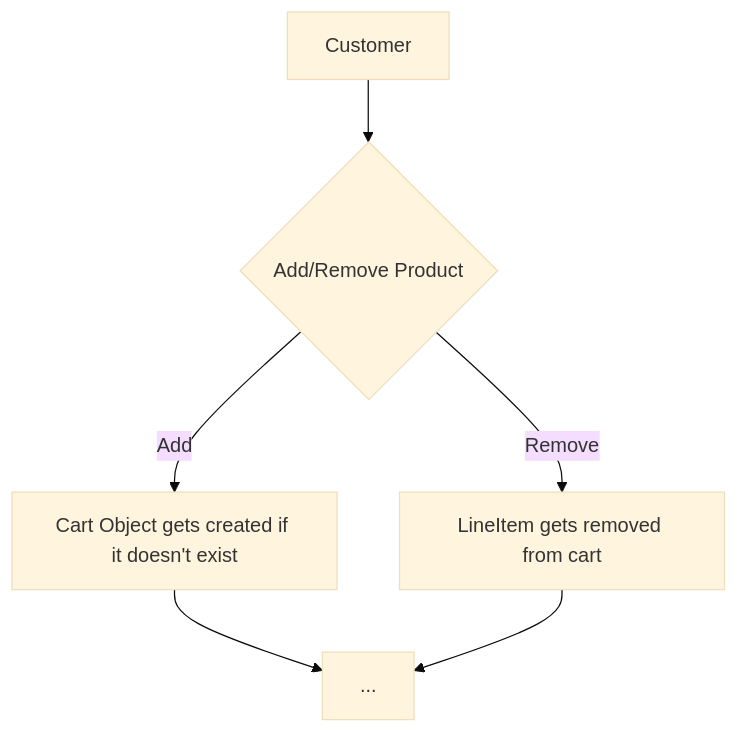
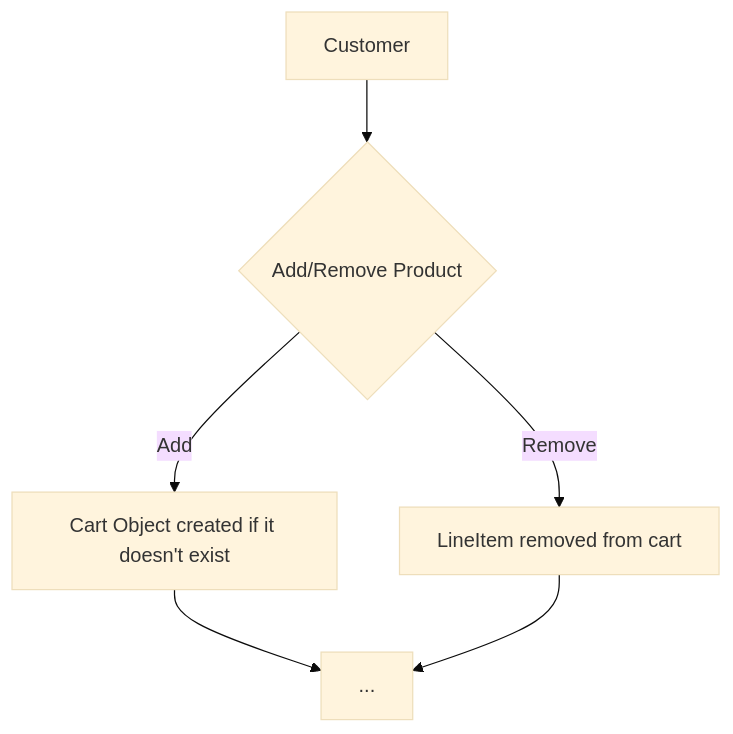
Before and after one commit to r4pt0s/journey_of_a_cart: the first of 2 diagrams in slides.md, drawn with Mermaid (base theme). The commit also changed other lines of this file and 1 other file, not shown here.

````diff
--- a/slides.md
+++ b/slides.md
@@ -95,8 +96,8 @@
 ```mermaid {theme: 'neutral', scale: 0.8}
 flowchart TD
 B[Customer] --> C{Add/Remove Product}
-C -->|Add| D[Cart Object gets created if it doesn't exist]
-C -->|Remove| E[LineItem gets removed from cart]
+C -->|Add| D[Cart Object created if it doesn't exist]
+C -->|Remove| E[LineItem removed from cart]
 D --> F[...]
 E --> F
 ```
````
